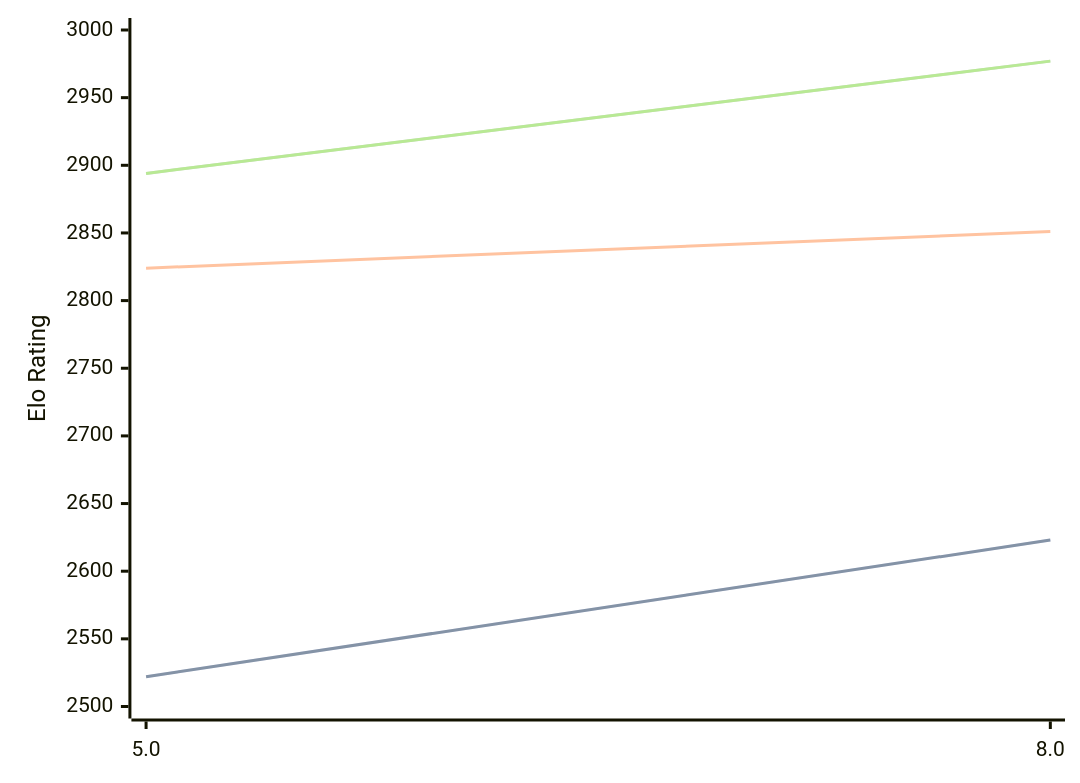
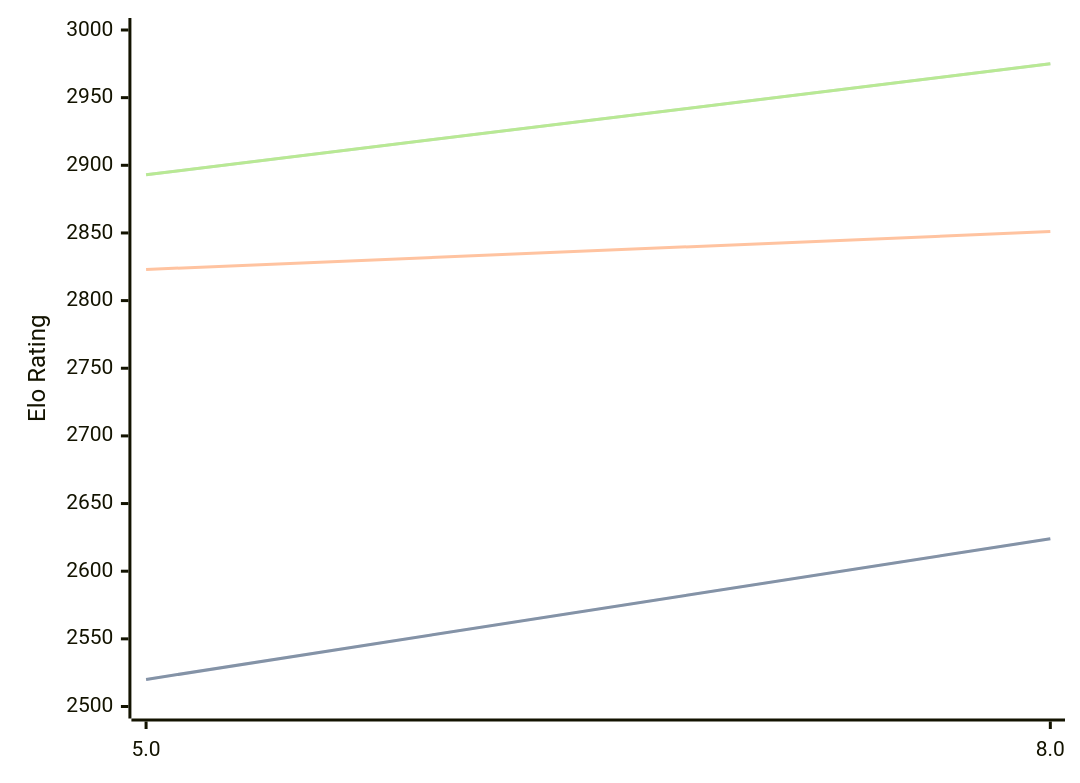
The diagram in engines/4kc.md (computer-chess-index/cci), drawn with Mermaid before and after one commit. The commit also changed other lines of this file, not shown here.

Commit message:
Update CCI Ratings (ELO VLTC) - 2026-04-17

````diff
--- a/engines/4kc.md
+++ b/engines/4kc.md
@@ -41,11 +41,11 @@
 ```mermaid
 %%{init: {"theme":"base","themeVariables":{"seriesColors:['#a3a3a3','#222221','#faa371']}}}%%
 xychart-beta
   x-axis ["5.0", "8.0"]
   y-axis "Elo Rating" 2500 --> 3000
-  line "STC (8.0+0.08s)" [2522, 2623]
-  line "STC (8.0+0.08s)" [2522, 2623]
-  line "LTC (60.0+0.60s)" [2824, 2851]
-  line "VLTC (2m24s+1.12s)" [2894, 2977]
-  line "VLTC (2m24s+1.12s)" [2894, 2977]
+  line "STC (8.0+0.08s)" [2520, 2624]
+  line "STC (8.0+0.08s)" [2520, 2624]
+  line "LTC (60.0+0.60s)" [2823, 2851]
+  line "VLTC (2m24s+1.12s)" [2893, 2975]
+  line "VLTC (2m24s+1.12s)" [2893, 2975]
 ```
````
